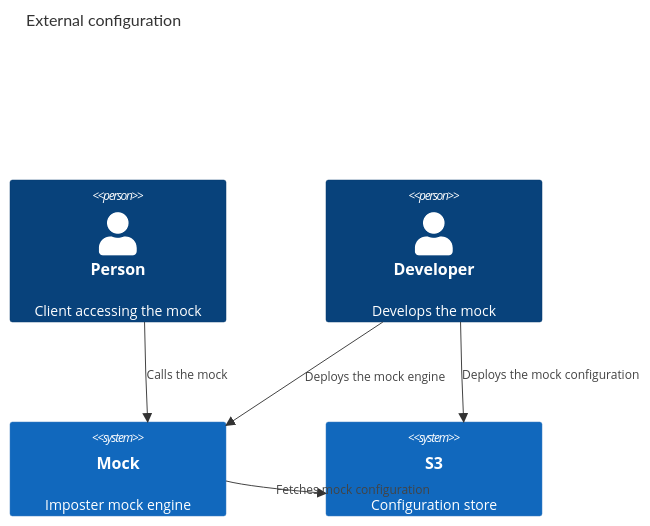
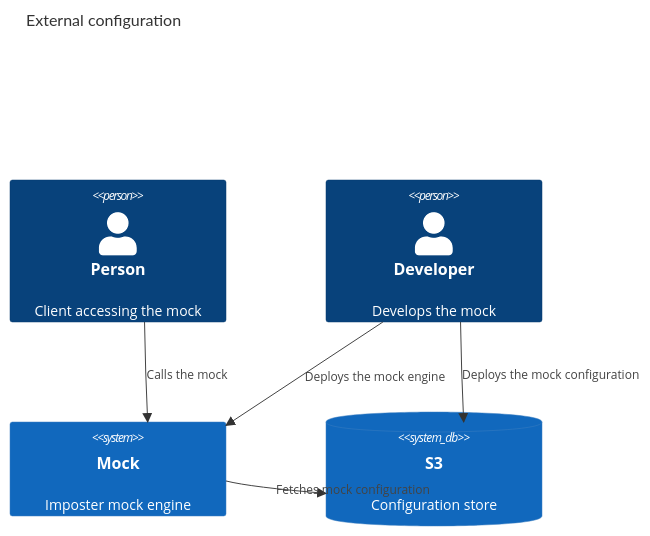
One commit to outofcoffee/imposter changed the first of 2 diagrams in docs/deployment_patterns.md. Above: the diagram before and after it, drawn with Mermaid.

Commit message:
docs: switches config store C4 node to DB.

````diff
--- a/docs/deployment_patterns.md
+++ b/docs/deployment_patterns.md
@@ -11,17 +11,17 @@
 ```mermaid
 C4Context
 
 title External configuration
 
 Person(client, "Person", "Client accessing the mock")
 Person(developer, "Developer", "Develops the mock")
 System(mock, "Mock", "Imposter mock engine")
-System(config_store, "S3", "Configuration store")
+SystemDb(config_store, "S3", "Configuration store")
 
 Rel(developer, mock, "Deploys the mock engine")
 Rel(developer, config_store, "Deploys the mock configuration")
 Rel(client, mock, "Calls the mock")
 Rel(mock, config_store, "Fetches mock configuration")
 
 UpdateLayoutConfig($c4ShapeInRow="2", $c4BoundaryInRow="1")
 ```
````
